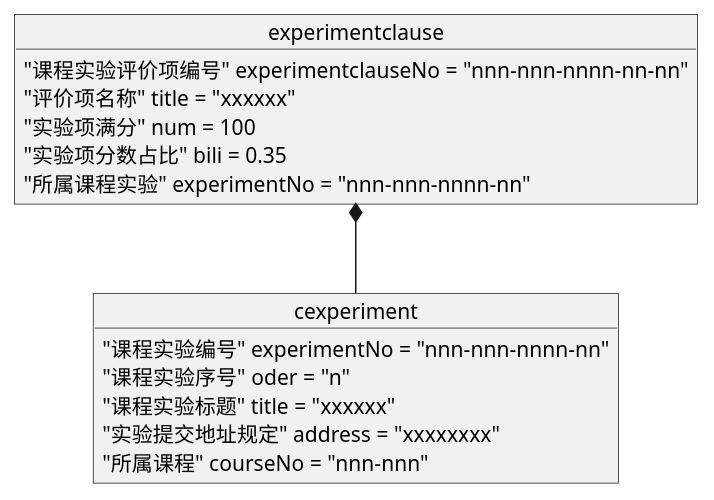
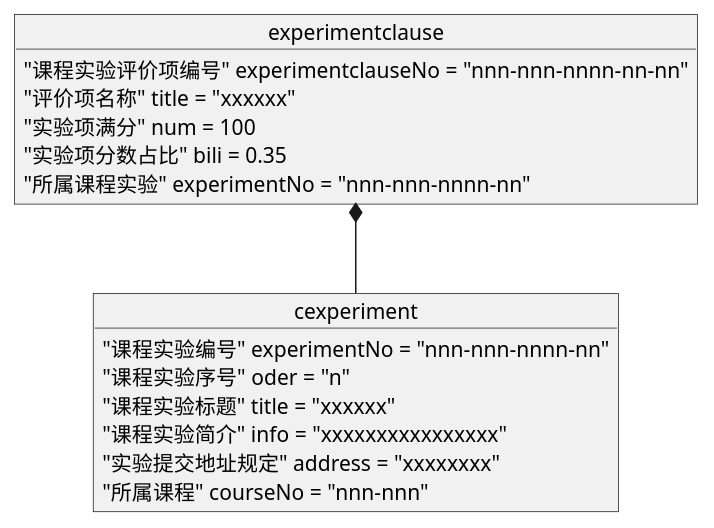
One commit to 201610414130/is_analysis-4 changed the fifth of 10 diagrams in test6/objectView.pu. Above: the diagram before and after it, drawn with PlantUML. The commit also changed 248 other files, not shown here.

```diff
--- a/test6/objectView.pu
+++ b/test6/objectView.pu
@@ -57,17 +57,18 @@
 @startuml cexperiment
 object cexperiment{
     "课程实验编号" experimentNo = "nnn-nnn-nnnn-nn"
     "课程实验序号" oder = "n"
     "课程实验标题" title = "xxxxxx"
+    "课程实验简介" info = "xxxxxxxxxxxxxxxx"
     "实验提交地址规定" address = "xxxxxxxx"
     "所属课程" courseNo = "nnn-nnn"
 }
 object experimentclause{
     "课程实验评价项编号" experimentclauseNo = "nnn-nnn-nnnn-nn-nn"
     "评价项名称" title = "xxxxxx"
     "实验项满分" num = 100
     "实验项分数占比" bili = 0.35
     "所属课程实验" experimentNo = "nnn-nnn-nnnn-nn"
 }
 experimentclause *-- cexperiment
 @enduml
```
